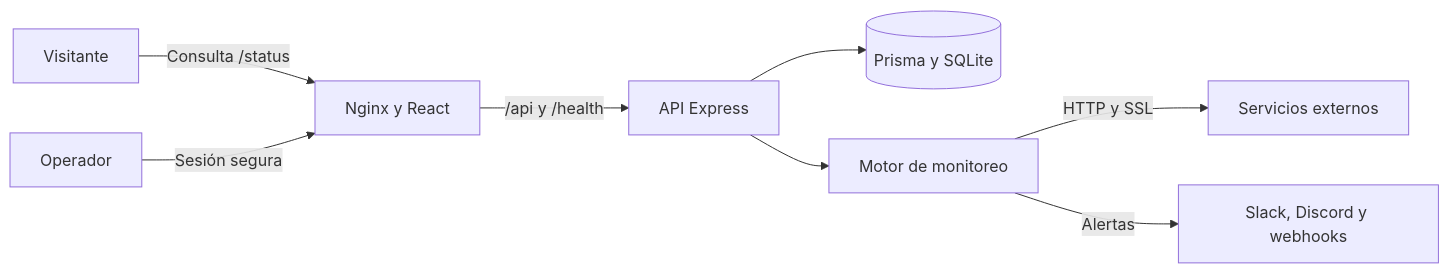
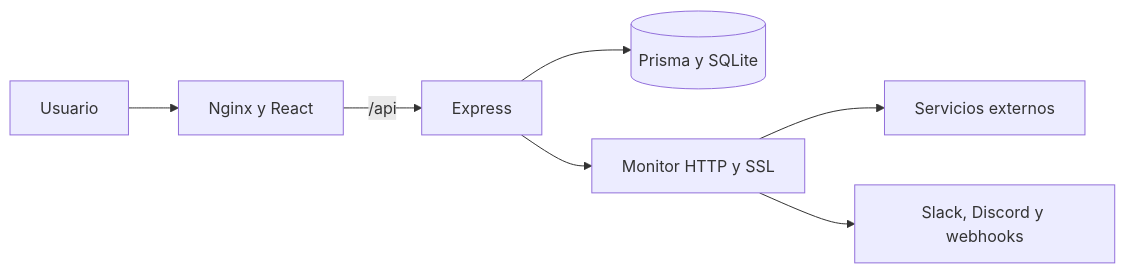
The diagram in deploy/README.md (GanzytoX/devdash), drawn with Mermaid before and after one commit. The commit also changed other lines of this file, not shown here.

````diff
--- a/deploy/README.md
+++ b/deploy/README.md
@@ -187,10 +104,9 @@
 ```mermaid
 flowchart LR
-  V["Visitante"] -->|"Consulta /status"| N["Nginx y React"]
-  O["Operador"] -->|"Sesión segura"| N
-  N -->|"/api y /health"| A["API Express"]
+  U["Usuario"] --> N["Nginx y React"]
+  N -->|"/api"| A["Express"]
   A --> D[("Prisma y SQLite")]
-  A --> M["Motor de monitoreo"]
-  M -->|"HTTP y SSL"| S["Servicios externos"]
-  M -->|"Alertas"| W["Slack, Discord y webhooks"]
+  A --> M["Monitor HTTP y SSL"]
+  M --> S["Servicios externos"]
+  M --> W["Slack, Discord y webhooks"]
 ```
````
